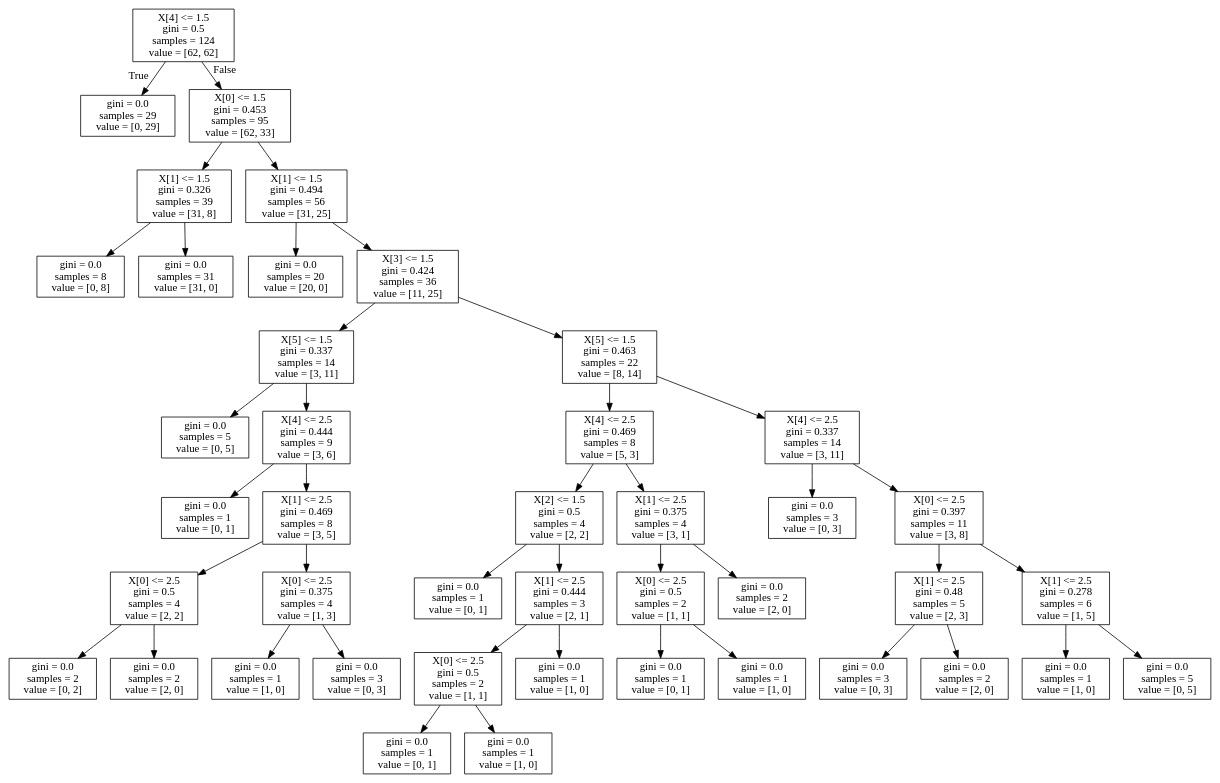
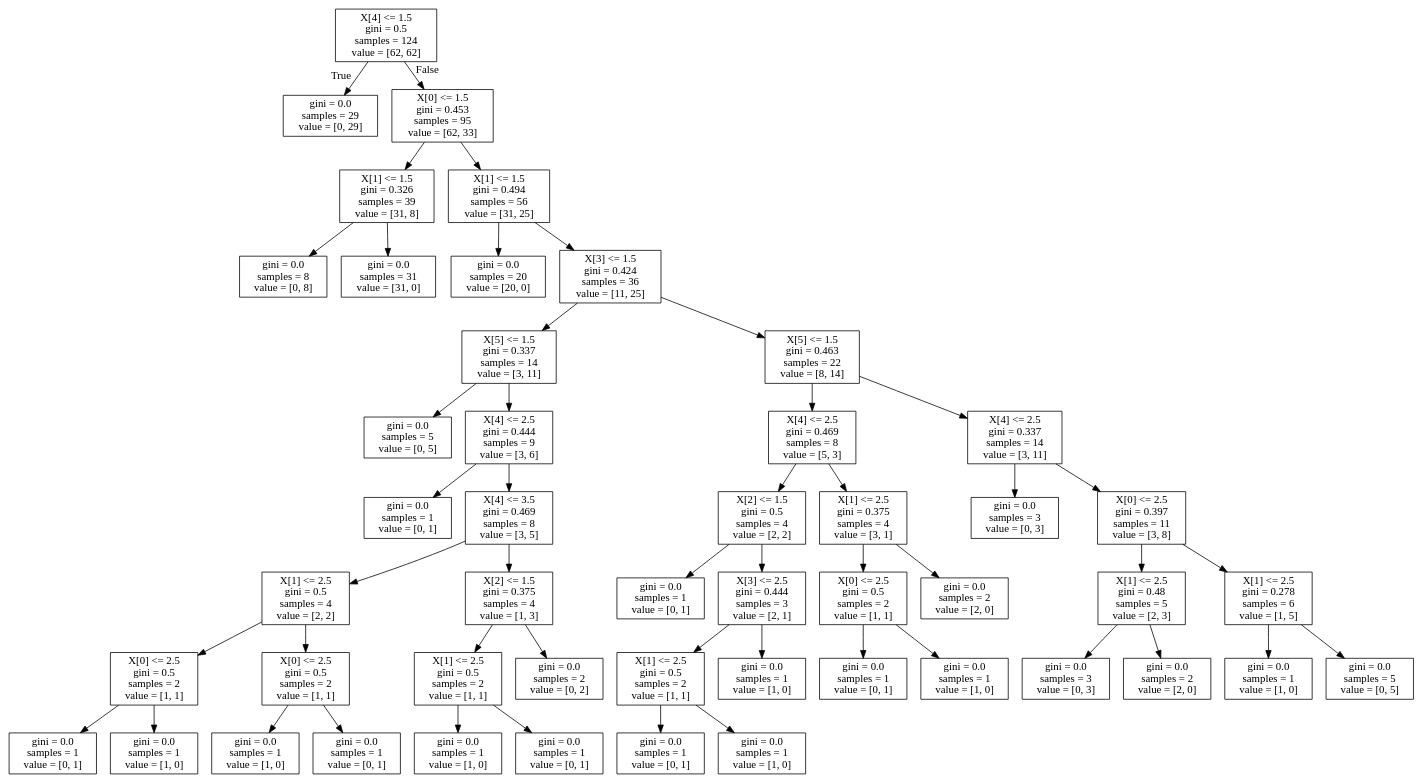
Before and after one commit to Ed-Hong/cshw: the diagram in machine-learning/project2/src/tree.dot, drawn with Graphviz. The commit also changed 1 other file, not shown here.

```diff
--- a/machine-learning/project2/src/tree.dot
+++ b/machine-learning/project2/src/tree.dot
@@ -1,88 +1,100 @@
 digraph Tree {
 node [shape=box] ;
 0 [label="X[4] <= 1.5\ngini = 0.5\nsamples = 124\nvalue = [62, 62]"] ;
 1 [label="gini = 0.0\nsamples = 29\nvalue = [0, 29]"] ;
 0 -> 1 [labeldistance=2.5, labelangle=45, headlabel="True"] ;
 2 [label="X[0] <= 1.5\ngini = 0.453\nsamples = 95\nvalue = [62, 33]"] ;
 0 -> 2 [labeldistance=2.5, labelangle=-45, headlabel="False"] ;
 3 [label="X[1] <= 1.5\ngini = 0.326\nsamples = 39\nvalue = [31, 8]"] ;
 2 -> 3 ;
 4 [label="gini = 0.0\nsamples = 8\nvalue = [0, 8]"] ;
 3 -> 4 ;
 5 [label="gini = 0.0\nsamples = 31\nvalue = [31, 0]"] ;
 3 -> 5 ;
 6 [label="X[1] <= 1.5\ngini = 0.494\nsamples = 56\nvalue = [31, 25]"] ;
 2 -> 6 ;
 7 [label="gini = 0.0\nsamples = 20\nvalue = [20, 0]"] ;
 6 -> 7 ;
 8 [label="X[3] <= 1.5\ngini = 0.424\nsamples = 36\nvalue = [11, 25]"] ;
 6 -> 8 ;
 9 [label="X[5] <= 1.5\ngini = 0.337\nsamples = 14\nvalue = [3, 11]"] ;
 8 -> 9 ;
 10 [label="gini = 0.0\nsamples = 5\nvalue = [0, 5]"] ;
 9 -> 10 ;
 11 [label="X[4] <= 2.5\ngini = 0.444\nsamples = 9\nvalue = [3, 6]"] ;
 9 -> 11 ;
 12 [label="gini = 0.0\nsamples = 1\nvalue = [0, 1]"] ;
 11 -> 12 ;
-13 [label="X[1] <= 2.5\ngini = 0.469\nsamples = 8\nvalue = [3, 5]"] ;
+13 [label="X[4] <= 3.5\ngini = 0.469\nsamples = 8\nvalue = [3, 5]"] ;
 11 -> 13 ;
-14 [label="X[0] <= 2.5\ngini = 0.5\nsamples = 4\nvalue = [2, 2]"] ;
+14 [label="X[1] <= 2.5\ngini = 0.5\nsamples = 4\nvalue = [2, 2]"] ;
 13 -> 14 ;
-15 [label="gini = 0.0\nsamples = 2\nvalue = [0, 2]"] ;
+15 [label="X[0] <= 2.5\ngini = 0.5\nsamples = 2\nvalue = [1, 1]"] ;
 14 -> 15 ;
-16 [label="gini = 0.0\nsamples = 2\nvalue = [2, 0]"] ;
-14 -> 16 ;
-17 [label="X[0] <= 2.5\ngini = 0.375\nsamples = 4\nvalue = [1, 3]"] ;
-13 -> 17 ;
-18 [label="gini = 0.0\nsamples = 1\nvalue = [1, 0]"] ;
-17 -> 18 ;
-19 [label="gini = 0.0\nsamples = 3\nvalue = [0, 3]"] ;
-17 -> 19 ;
-20 [label="X[5] <= 1.5\ngini = 0.463\nsamples = 22\nvalue = [8, 14]"] ;
-8 -> 20 ;
-21 [label="X[4] <= 2.5\ngini = 0.469\nsamples = 8\nvalue = [5, 3]"] ;
-20 -> 21 ;
-22 [label="X[2] <= 1.5\ngini = 0.5\nsamples = 4\nvalue = [2, 2]"] ;
+16 [label="gini = 0.0\nsamples = 1\nvalue = [0, 1]"] ;
+15 -> 16 ;
+17 [label="gini = 0.0\nsamples = 1\nvalue = [1, 0]"] ;
+15 -> 17 ;
+18 [label="X[0] <= 2.5\ngini = 0.5\nsamples = 2\nvalue = [1, 1]"] ;
+14 -> 18 ;
+19 [label="gini = 0.0\nsamples = 1\nvalue = [1, 0]"] ;
+18 -> 19 ;
+20 [label="gini = 0.0\nsamples = 1\nvalue = [0, 1]"] ;
+18 -> 20 ;
+21 [label="X[2] <= 1.5\ngini = 0.375\nsamples = 4\nvalue = [1, 3]"] ;
+13 -> 21 ;
+22 [label="X[1] <= 2.5\ngini = 0.5\nsamples = 2\nvalue = [1, 1]"] ;
 21 -> 22 ;
-23 [label="gini = 0.0\nsamples = 1\nvalue = [0, 1]"] ;
+23 [label="gini = 0.0\nsamples = 1\nvalue = [1, 0]"] ;
 22 -> 23 ;
-24 [label="X[1] <= 2.5\ngini = 0.444\nsamples = 3\nvalue = [2, 1]"] ;
+24 [label="gini = 0.0\nsamples = 1\nvalue = [0, 1]"] ;
 22 -> 24 ;
-25 [label="X[0] <= 2.5\ngini = 0.5\nsamples = 2\nvalue = [1, 1]"] ;
-24 -> 25 ;
-26 [label="gini = 0.0\nsamples = 1\nvalue = [0, 1]"] ;
-25 -> 26 ;
-27 [label="gini = 0.0\nsamples = 1\nvalue = [1, 0]"] ;
-25 -> 27 ;
-28 [label="gini = 0.0\nsamples = 1\nvalue = [1, 0]"] ;
-24 -> 28 ;
-29 [label="X[1] <= 2.5\ngini = 0.375\nsamples = 4\nvalue = [3, 1]"] ;
-21 -> 29 ;
-30 [label="X[0] <= 2.5\ngini = 0.5\nsamples = 2\nvalue = [1, 1]"] ;
-29 -> 30 ;
-31 [label="gini = 0.0\nsamples = 1\nvalue = [0, 1]"] ;
+25 [label="gini = 0.0\nsamples = 2\nvalue = [0, 2]"] ;
+21 -> 25 ;
+26 [label="X[5] <= 1.5\ngini = 0.463\nsamples = 22\nvalue = [8, 14]"] ;
+8 -> 26 ;
+27 [label="X[4] <= 2.5\ngini = 0.469\nsamples = 8\nvalue = [5, 3]"] ;
+26 -> 27 ;
+28 [label="X[2] <= 1.5\ngini = 0.5\nsamples = 4\nvalue = [2, 2]"] ;
+27 -> 28 ;
+29 [label="gini = 0.0\nsamples = 1\nvalue = [0, 1]"] ;
+28 -> 29 ;
+30 [label="X[3] <= 2.5\ngini = 0.444\nsamples = 3\nvalue = [2, 1]"] ;
+28 -> 30 ;
+31 [label="X[1] <= 2.5\ngini = 0.5\nsamples = 2\nvalue = [1, 1]"] ;
 30 -> 31 ;
-32 [label="gini = 0.0\nsamples = 1\nvalue = [1, 0]"] ;
-30 -> 32 ;
-33 [label="gini = 0.0\nsamples = 2\nvalue = [2, 0]"] ;
-29 -> 33 ;
-34 [label="X[4] <= 2.5\ngini = 0.337\nsamples = 14\nvalue = [3, 11]"] ;
-20 -> 34 ;
-35 [label="gini = 0.0\nsamples = 3\nvalue = [0, 3]"] ;
-34 -> 35 ;
-36 [label="X[0] <= 2.5\ngini = 0.397\nsamples = 11\nvalue = [3, 8]"] ;
-34 -> 36 ;
-37 [label="X[1] <= 2.5\ngini = 0.48\nsamples = 5\nvalue = [2, 3]"] ;
+32 [label="gini = 0.0\nsamples = 1\nvalue = [0, 1]"] ;
+31 -> 32 ;
+33 [label="gini = 0.0\nsamples = 1\nvalue = [1, 0]"] ;
+31 -> 33 ;
+34 [label="gini = 0.0\nsamples = 1\nvalue = [1, 0]"] ;
+30 -> 34 ;
+35 [label="X[1] <= 2.5\ngini = 0.375\nsamples = 4\nvalue = [3, 1]"] ;
+27 -> 35 ;
+36 [label="X[0] <= 2.5\ngini = 0.5\nsamples = 2\nvalue = [1, 1]"] ;
+35 -> 36 ;
+37 [label="gini = 0.0\nsamples = 1\nvalue = [0, 1]"] ;
 36 -> 37 ;
-38 [label="gini = 0.0\nsamples = 3\nvalue = [0, 3]"] ;
-37 -> 38 ;
+38 [label="gini = 0.0\nsamples = 1\nvalue = [1, 0]"] ;
+36 -> 38 ;
 39 [label="gini = 0.0\nsamples = 2\nvalue = [2, 0]"] ;
-37 -> 39 ;
-40 [label="X[1] <= 2.5\ngini = 0.278\nsamples = 6\nvalue = [1, 5]"] ;
-36 -> 40 ;
-41 [label="gini = 0.0\nsamples = 1\nvalue = [1, 0]"] ;
+35 -> 39 ;
+40 [label="X[4] <= 2.5\ngini = 0.337\nsamples = 14\nvalue = [3, 11]"] ;
+26 -> 40 ;
+41 [label="gini = 0.0\nsamples = 3\nvalue = [0, 3]"] ;
 40 -> 41 ;
-42 [label="gini = 0.0\nsamples = 5\nvalue = [0, 5]"] ;
+42 [label="X[0] <= 2.5\ngini = 0.397\nsamples = 11\nvalue = [3, 8]"] ;
 40 -> 42 ;
+43 [label="X[1] <= 2.5\ngini = 0.48\nsamples = 5\nvalue = [2, 3]"] ;
+42 -> 43 ;
+44 [label="gini = 0.0\nsamples = 3\nvalue = [0, 3]"] ;
+43 -> 44 ;
+45 [label="gini = 0.0\nsamples = 2\nvalue = [2, 0]"] ;
+43 -> 45 ;
+46 [label="X[1] <= 2.5\ngini = 0.278\nsamples = 6\nvalue = [1, 5]"] ;
+42 -> 46 ;
+47 [label="gini = 0.0\nsamples = 1\nvalue = [1, 0]"] ;
+46 -> 47 ;
+48 [label="gini = 0.0\nsamples = 5\nvalue = [0, 5]"] ;
+46 -> 48 ;
 }
```
